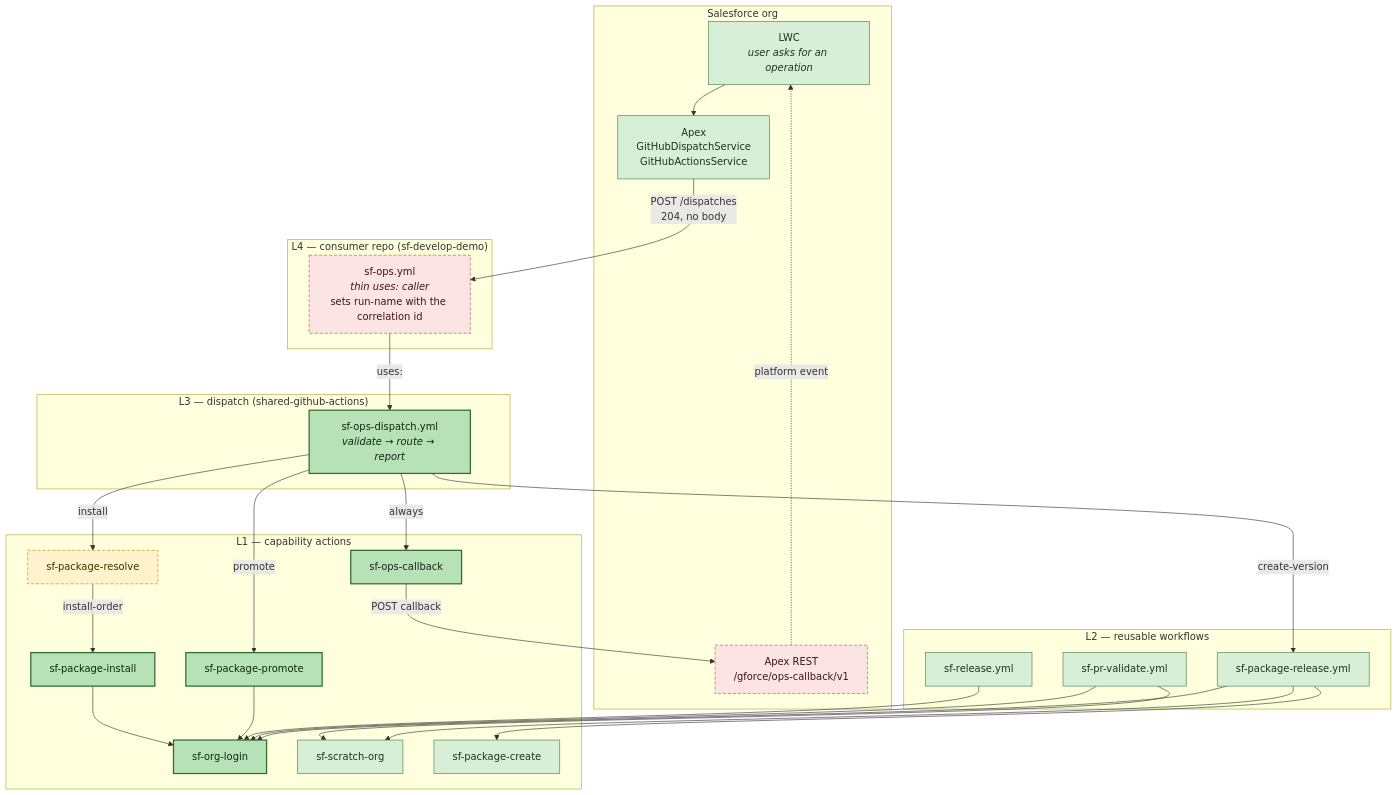
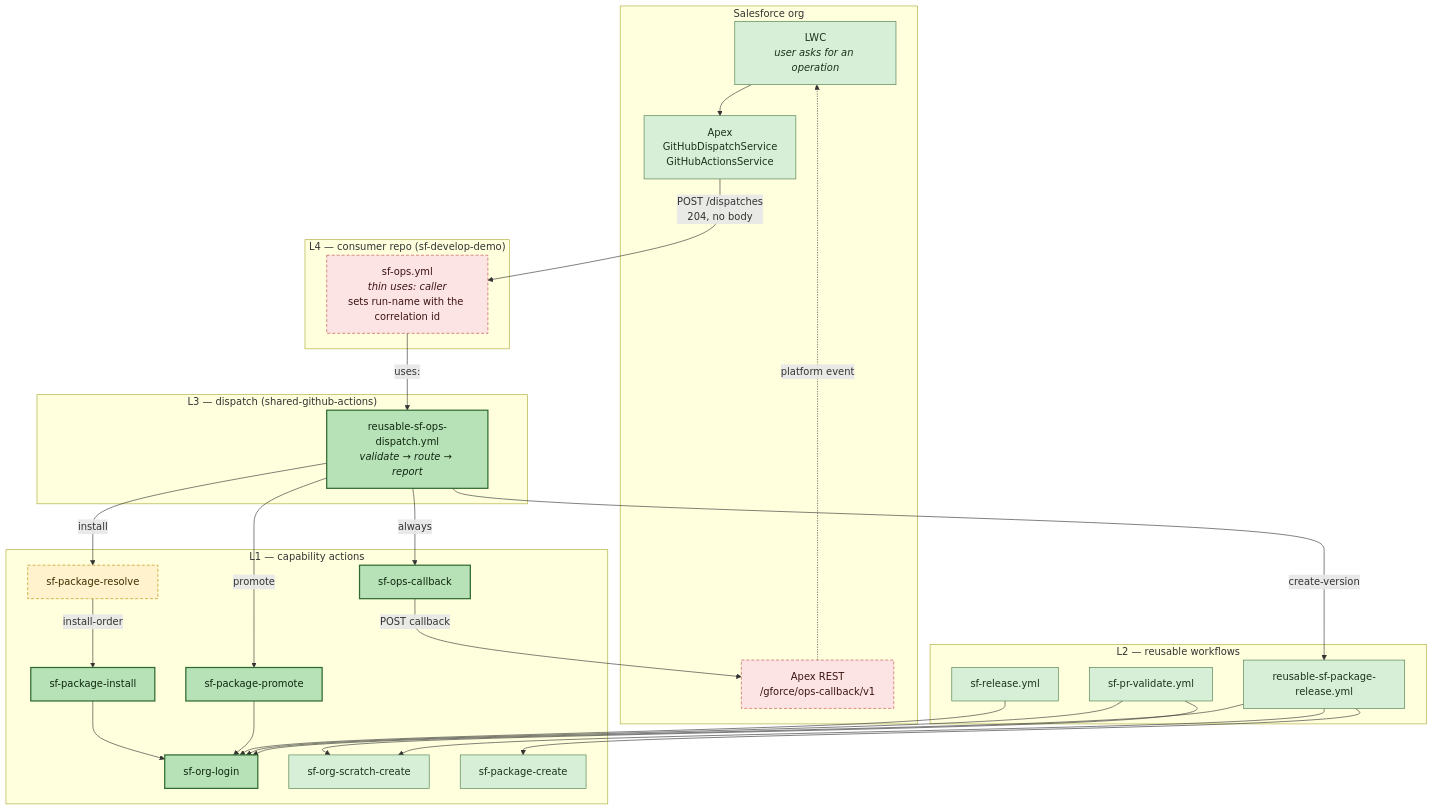
Before and after one commit to Gforce-Innovation-Kft/shared-github-actions: the first of 7 diagrams in docs/pipeline-map.md, drawn with Mermaid. The commit also changed other lines of this file and 116 other files, not shown here.

````diff
--- a/docs/pipeline-map.md
+++ b/docs/pipeline-map.md
@@ -21,53 +21,53 @@
 ```mermaid
 flowchart TB
     subgraph SF["Salesforce org"]
         LWC["LWC<br/><i>user asks for an operation</i>"]:::built
         APEX["Apex<br/>GitHubDispatchService<br/>GitHubActionsService"]:::built
         REST["Apex REST<br/>/gforce/ops-callback/v1"]:::gap
     end
 
     subgraph L4["L4 — consumer repo (sf-develop-demo)"]
         CALLER["sf-ops.yml<br/><i>thin uses: caller</i><br/>sets run-name with the correlation id"]:::gap
     end
 
     subgraph L3["L3 — dispatch (shared-github-actions)"]
-        DISPATCH["sf-ops-dispatch.yml<br/><i>validate → route → report</i>"]:::new
+        DISPATCH["reusable-sf-ops-dispatch.yml<br/><i>validate → route → report</i>"]:::new
     end
 
     subgraph L2["L2 — reusable workflows"]
-        REL["sf-package-release.yml"]:::built
+        REL["reusable-sf-package-release.yml"]:::built
         PRV["sf-pr-validate.yml"]:::built
         SFR["sf-release.yml"]:::built
     end
 
     subgraph L1["L1 — capability actions"]
         A1["sf-org-login"]:::new
-        A2["sf-scratch-org"]:::built
+        A2["sf-org-scratch-create"]:::built
         A3["sf-package-create"]:::built
         A4["sf-package-promote"]:::new
         A5["sf-package-install"]:::new
         A6["sf-ops-callback"]:::new
         A7["sf-package-resolve"]:::planned
     end
 
     LWC --> APEX
     APEX -->|"POST /dispatches<br/>204, no body"| CALLER
     CALLER -->|uses:| DISPATCH
     DISPATCH -->|create-version| REL
     DISPATCH -->|promote| A4
     DISPATCH -->|install| A7
     A7 -->|install-order| A5
     DISPATCH -->|always| A6
     REL --> A1 & A2 & A3
     PRV --> A1 & A2
     SFR --> A1
     A4 --> A1
     A5 --> A1
     A6 -->|"POST callback"| REST
     REST -.->|"platform event"| LWC
 
     classDef built fill:#d6efd6,stroke:#4a7c4a,color:#1a331a
     classDef new fill:#b7e1b7,stroke:#2f6b2f,color:#0f280f,stroke-width:2px
     classDef planned fill:#fff2cc,stroke:#b38f00,color:#3d3000,stroke-dasharray: 5 3
     classDef gap fill:#fce4e4,stroke:#c04d4d,color:#3d1414,stroke-dasharray: 5 3
 ```
````
